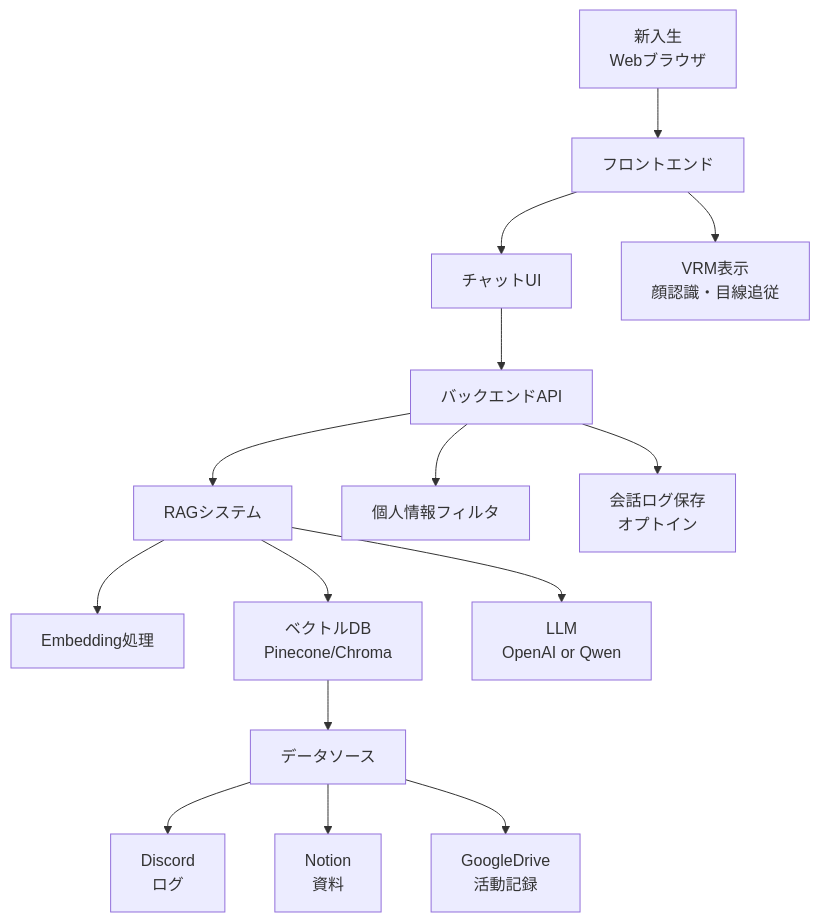
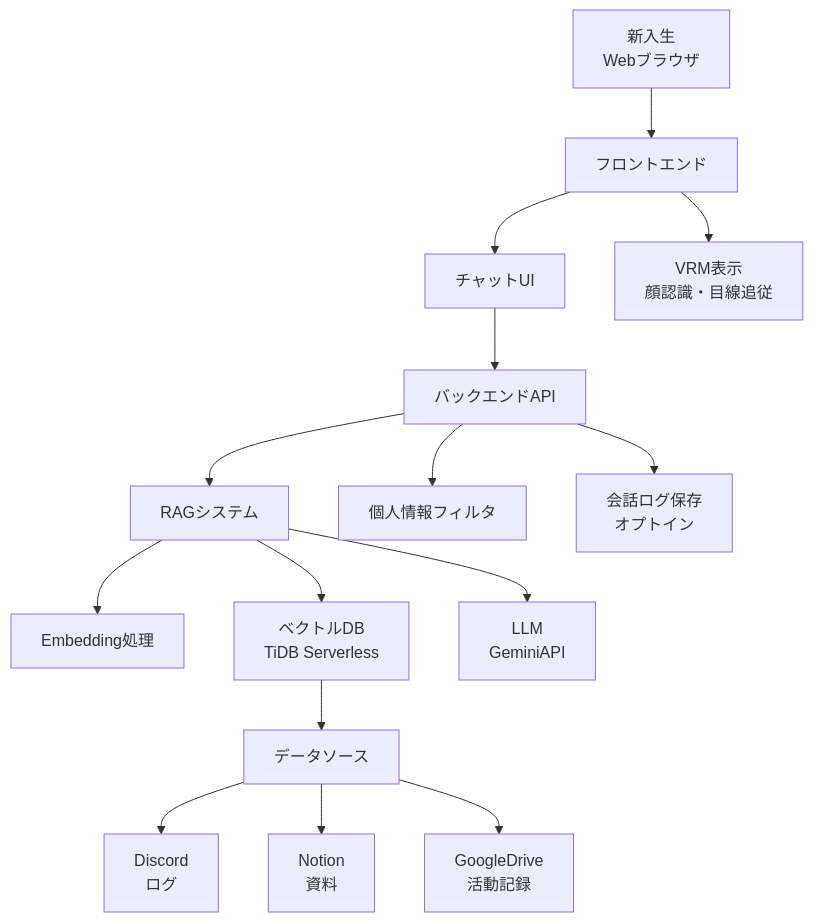
Before and after one commit to jyogi-web/Jyogi_Navi: the first of 9 diagrams in docs/03_screen-flow.md, drawn with Mermaid. The commit also changed other lines of this file and 6 other files, not shown here.

````diff
--- a/docs/03_screen-flow.md
+++ b/docs/03_screen-flow.md
@@ -43,17 +43,17 @@
 ```mermaid
 graph TB
     A[新入生<br/>Webブラウザ] --> B[フロントエンド]
     B --> C[チャットUI]
     B --> D[VRM表示<br/>顔認識・目線追従]
     C --> E[バックエンドAPI]
     E --> F[RAGシステム]
     F --> G[Embedding処理]
-    F --> H[ベクトルDB<br/>Pinecone/Chroma]
-    F --> I[LLM<br/>OpenAI or Qwen]
+    F --> H[ベクトルDB<br/>TiDB Serverless]
+    F --> I[LLM<br/>GeminiAPI]
     H --> J[データソース]
     J --> K[Discord<br/>ログ]
     J --> L[Notion<br/>資料]
     J --> M[GoogleDrive<br/>活動記録]
     E --> N[個人情報フィルタ]
     E --> O[会話ログ保存<br/>オプトイン]
 ```
````
